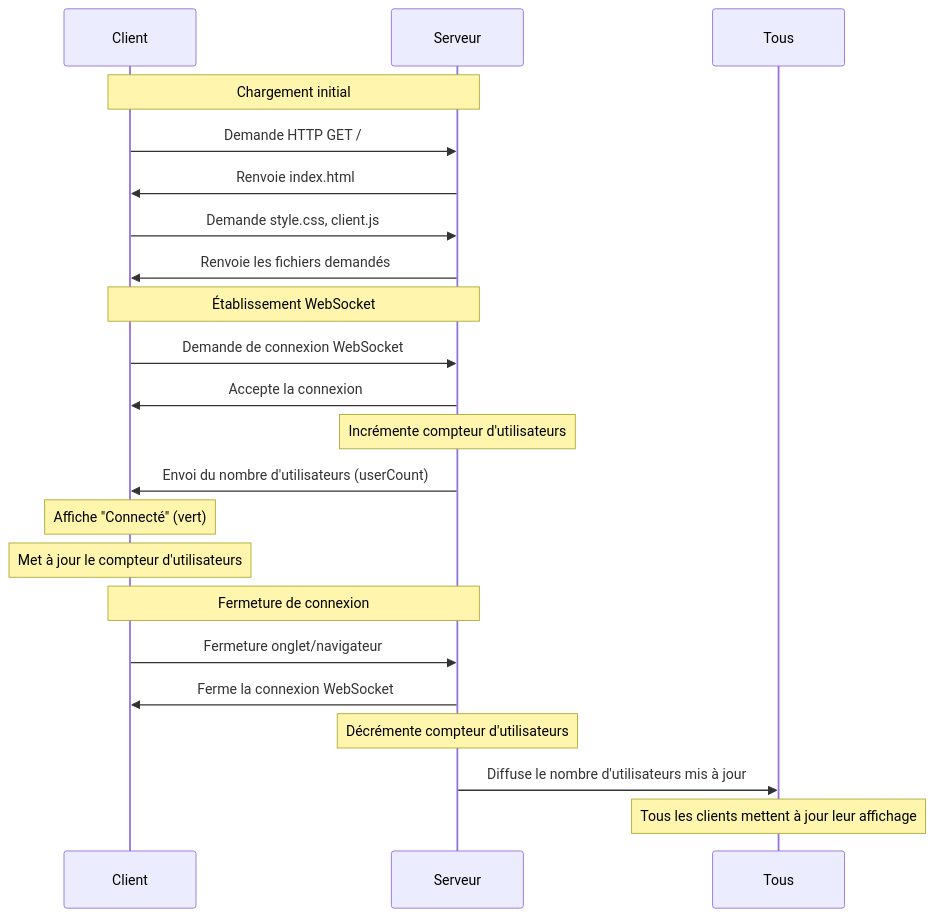
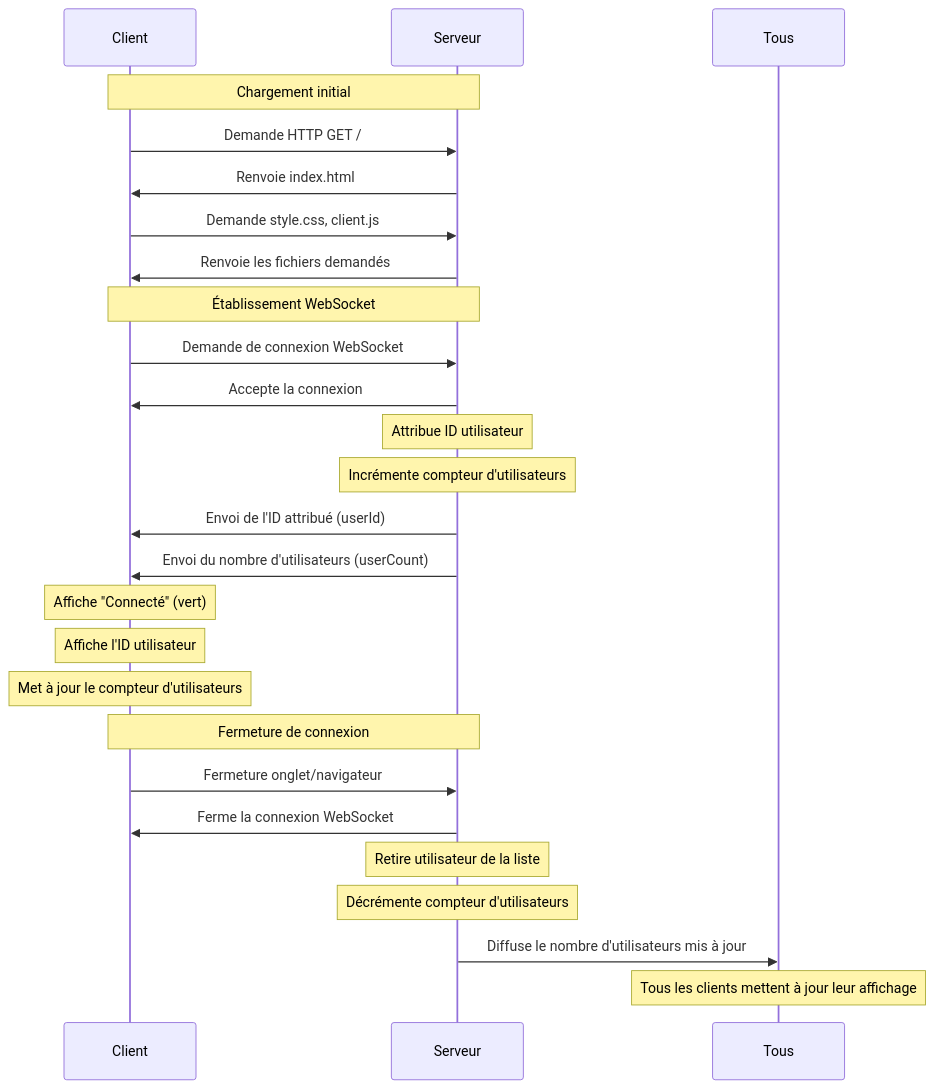
The first of 2 diagrams in docs/technical.md (nicolasmbronner/basic-websocket-prototype), drawn with Mermaid before and after one commit. The commit also changed other lines of this file and 5 other files, not shown here.

````diff
--- a/docs/technical.md
+++ b/docs/technical.md
@@ -9,26 +9,30 @@
 ```mermaid
 sequenceDiagram
     participant C as Client
     participant S as Serveur
 
     Note over C,S: Chargement initial
     C->>S: Demande HTTP GET /
     S->>C: Renvoie index.html
     C->>S: Demande style.css, client.js
     S->>C: Renvoie les fichiers demandés
     
     Note over C,S: Établissement WebSocket
     C->>S: Demande de connexion WebSocket
     S->>C: Accepte la connexion
+    Note over S: Attribue ID utilisateur
     Note over S: Incrémente compteur d'utilisateurs
+    S->>C: Envoi de l'ID attribué (userId)
     S->>C: Envoi du nombre d'utilisateurs (userCount)
     Note over C: Affiche "Connecté" (vert)
+    Note over C: Affiche l'ID utilisateur
     Note over C: Met à jour le compteur d'utilisateurs
     
     Note over C,S: Fermeture de connexion
     C->>S: Fermeture onglet/navigateur
     S->>C: Ferme la connexion WebSocket
+    Note over S: Retire utilisateur de la liste
     Note over S: Décrémente compteur d'utilisateurs
     S->>Tous: Diffuse le nombre d'utilisateurs mis à jour
     Note over Tous: Tous les clients mettent à jour leur affichage
 ```
````
